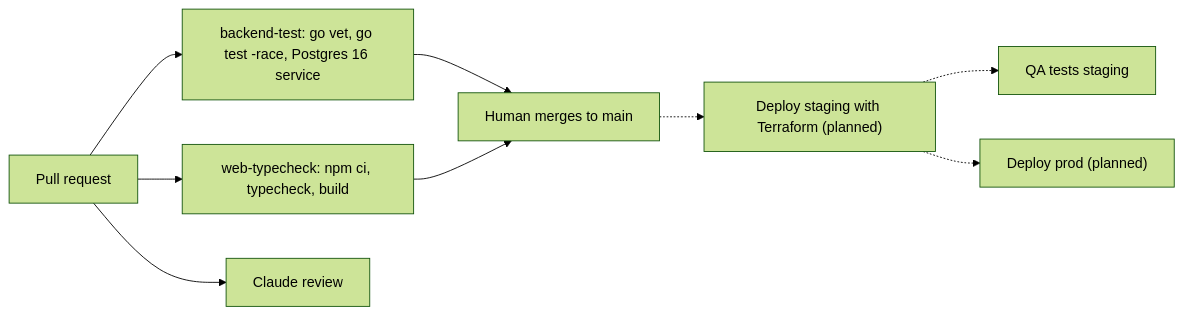
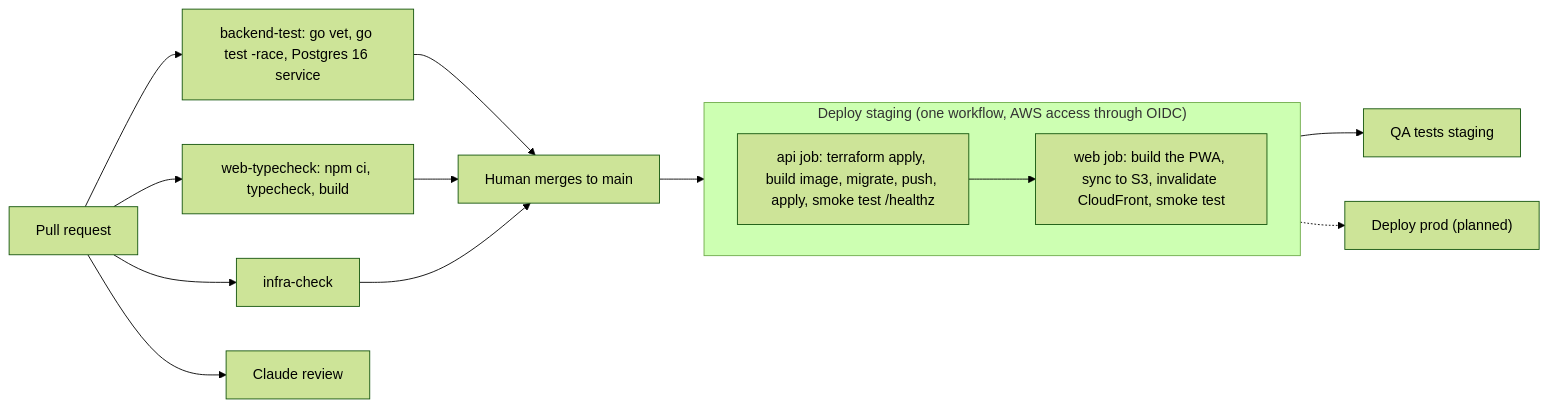
One commit to AbnerWillclefy/Homeowner changed the second of 2 diagrams in docs/architecture/infrastructure.md. Above: the diagram before and after it, drawn with Mermaid (forest theme). The commit also changed other lines of this file, not shown here.

Commit message:
docs(architecture): show staging infra, deploy pipeline and web hosting as built

````diff
--- a/docs/architecture/infrastructure.md
+++ b/docs/architecture/infrastructure.md
@@ -43,11 +51,19 @@
 ```mermaid
 flowchart LR
     PR["Pull request"] --> BT["backend-test: go vet, go test -race, Postgres 16 service"]
     PR --> WT["web-typecheck: npm ci, typecheck, build"]
+    PR --> IC["infra-check"]
     PR --> CR["Claude review"]
     BT --> M["Human merges to main"]
     WT --> M
-    M -.-> DS["Deploy staging with Terraform (planned)"]
-    DS -.-> QA["QA tests staging"]
+    IC --> M
+    M --> DS
+    subgraph DS["Deploy staging (one workflow, AWS access through OIDC)"]
+      direction LR
+      api["api job: terraform apply, build image, migrate, push, apply, smoke test /healthz"]
+      web["web job: build the PWA, sync to S3, invalidate CloudFront, smoke test"]
+      api --> web
+    end
+    DS --> QA["QA tests staging"]
     DS -.-> DP["Deploy prod (planned)"]
 ```
````
